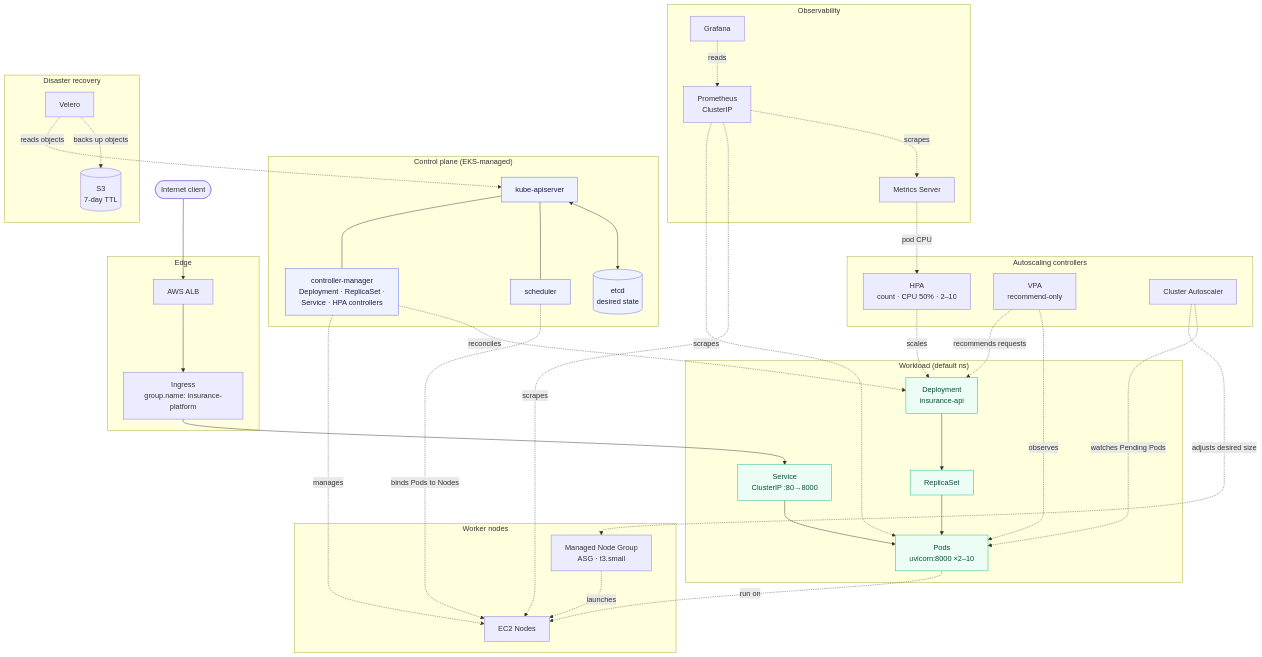
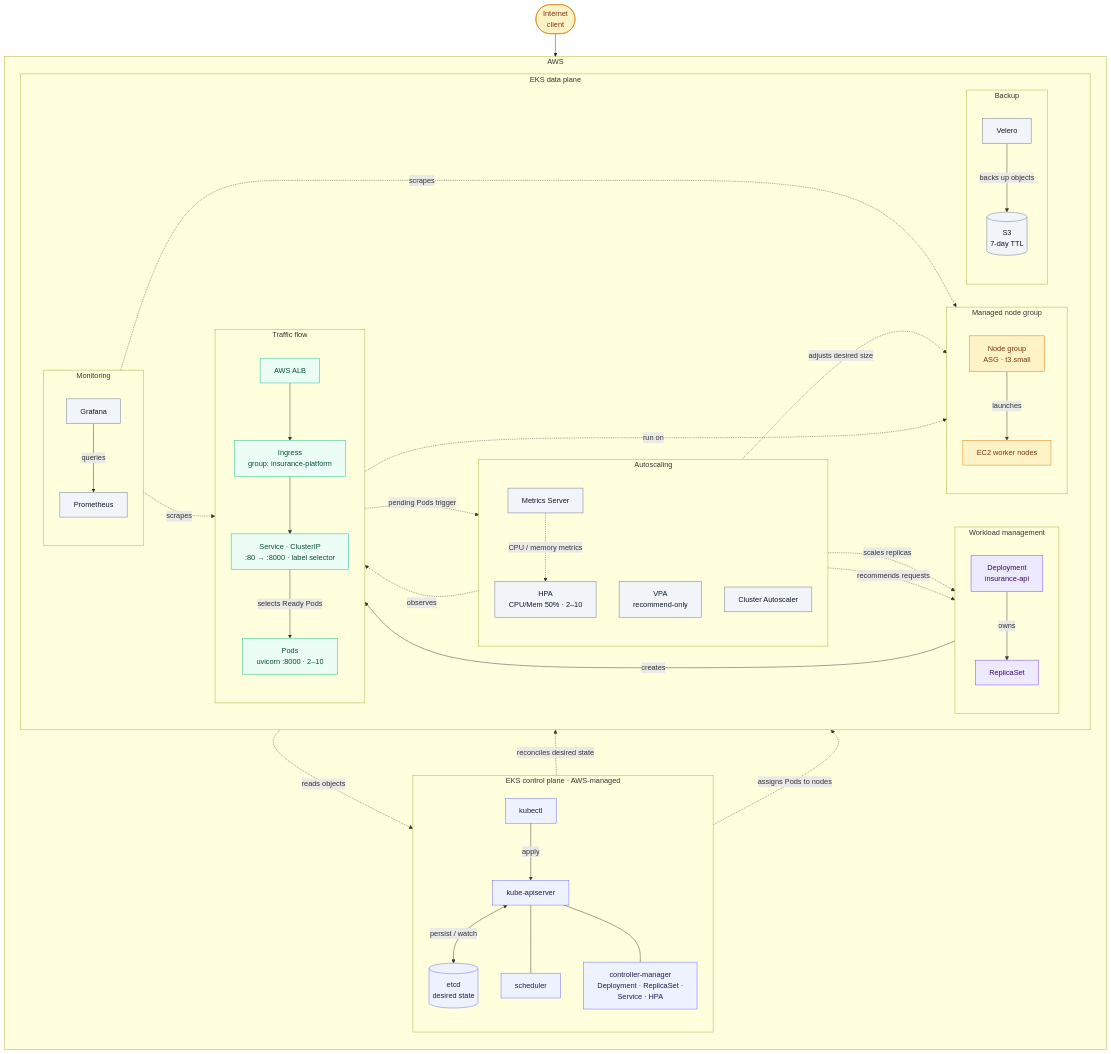
One commit to Amith-Ganta/FastAPI-ML-EKS-Platform changed the diagram in docs/architecture/README.md. Above: the diagram before and after it, drawn with Mermaid. The commit also changed other lines of this file, not shown here.

Commit message:
docs(architecture): separate traffic flow from workload management
Correct the layered diagram to model two independent flows that meet
only at the Pods, per architecture review:

- Traffic flow: Client -> ALB -> Ingress -> Service -> Pods. The
  Deployment is no longer on the request path.
- Service selects Pods by label selector (Service -> Pods), not through
  the Deployment.
- Management flow: Deployment owns ReplicaSet, ReplicaSet creates Pods.
- Scheduler assigns Pods to Nodes (arrow now targets Pods, which carry
  the node assignment), not EC2 directly.
- Metrics Server feeds HPA "CPU / memory metrics" (not CPU-only).
- Pending Pods trigger the Cluster Autoscaler (causality reversed).
- Prometheus scrapes node kubelet/cAdvisor and app Pods (drop the
  Metrics Server scrape arrow).
- controller-manager labelled "reconciles desired state" on the
  Deployment.

Deployment/ReplicaSet restyled as management objects, visually distinct
from the green request-path lane.

````diff
--- a/docs/architecture/README.md
+++ b/docs/architecture/README.md
@@ -38,80 +38,116 @@
 ```mermaid
 flowchart TB
-    CLIENT([Internet client])
+    %% ===================================================================
+    %% Layout strategy: three clean vertical lanes under one AWS boundary.
+    %%   Lane A (left)   : request path, top-to-bottom, no branches.
+    %%   Lane B (center) : EKS-managed control plane, self-contained.
+    %%   Lane C (right)  : platform controllers (autoscaling / monitoring / DR).
+    %% Cross-lane arrows only ever touch the Deployment or the Pods — the two
+    %% real convergence points — so no arrow passes through an unrelated box.
+    %% ===================================================================
 
-    subgraph CP["Control plane (EKS-managed)"]
-        API[kube-apiserver]
-        ETCD[(etcd<br/>desired state)]
-        SCH[scheduler]
-        CM[controller-manager<br/>Deployment · ReplicaSet ·<br/>Service · HPA controllers]
-        API <--> ETCD
+    CLIENT([" Internet<br/>client "])
+
+    subgraph AWS["AWS"]
+      direction TB
+
+      subgraph CP["EKS control plane · AWS-managed"]
+        direction TB
+        KCTL["kubectl"]
+        API["kube-apiserver"]
+        ETCD[("etcd<br/>desired state")]
+        SCH["scheduler"]
+        CM["controller-manager<br/>Deployment · ReplicaSet ·<br/>Service · HPA"]
+        KCTL -->|apply| API
+        API <-->|persist / watch| ETCD
         API --- SCH
         API --- CM
+      end
+
+      subgraph DATA["EKS data plane"]
+        direction LR
+
+        %% Two independent flows that meet only at the Pods:
+        %%   TRAFFIC  ─ solid ─ Client → ALB → Ingress → Service → Pods
+        %%   MANAGEMENT ─ Deployment → ReplicaSet → Pods (owner chain)
+        subgraph TRAFFIC["Traffic flow"]
+          direction TB
+          ALB["AWS ALB"]
+          ING["Ingress<br/>group: insurance-platform"]
+          SVC["Service · ClusterIP<br/>:80 → :8000 · label selector"]
+          PODS["Pods<br/>uvicorn :8000 · 2–10"]
+          ALB --> ING --> SVC
+          SVC -->|selects Ready Pods| PODS
+        end
+
+        subgraph MANAGE["Workload management"]
+          direction TB
+          DEP["Deployment<br/>insurance-api"]
+          RS["ReplicaSet"]
+          DEP -->|owns| RS
+          RS -->|creates| PODS
+        end
+
+        subgraph NODES["Managed node group"]
+          direction TB
+          NG["Node group<br/>ASG · t3.small"]
+          EC2["EC2 worker nodes"]
+          NG -->|launches| EC2
+        end
+
+        subgraph SCALE["Autoscaling"]
+          direction TB
+          MS["Metrics Server"]
+          HPA["HPA<br/>CPU/Mem 50% · 2–10"]
+          VPA["VPA<br/>recommend-only"]
+          CA["Cluster Autoscaler"]
+        end
+
+        subgraph MON["Monitoring"]
+          direction TB
+          PROM["Prometheus"]
+          GRAF["Grafana"]
+          GRAF -->|queries| PROM
+        end
+
+        subgraph BACKUP["Backup"]
+          direction TB
+          VELERO["Velero"]
+          S3[("S3<br/>7-day TTL")]
+          VELERO -->|backs up objects| S3
+        end
+      end
     end
 
-    subgraph EDGE["Edge"]
-        ALB[AWS ALB]
-        ING[Ingress<br/>group.name: insurance-platform]
-    end
+    %% --- live request entry (solid) ---
+    CLIENT --> ALB
 
-    subgraph WORKLOAD["Workload (default ns)"]
-        SVC[Service<br/>ClusterIP :80→8000]
-        DEP[Deployment<br/>insurance-api]
-        RS[ReplicaSet]
-        PODS[Pods<br/>uvicorn:8000 ×2–10]
-        DEP --> RS --> PODS
-    end
-
-    subgraph NODES["Worker nodes"]
-        NG[Managed Node Group<br/>ASG · t3.small] -. launches .-> EC2[EC2 Nodes]
-    end
-
-    subgraph AUTOSCALE["Autoscaling controllers"]
-        HPA[HPA<br/>count · CPU 50% · 2–10]
-        VPA[VPA<br/>recommend-only]
-        CA[Cluster Autoscaler]
-    end
-
-    subgraph OBSERVE["Observability"]
-        MS[Metrics Server]
-        PROM[Prometheus<br/>ClusterIP]
-        GRAF[Grafana]
-    end
-
-    subgraph DR["Disaster recovery"]
-        VELERO[Velero]
-        S3[(S3<br/>7-day TTL)]
-    end
-
-    %% --- live request path (solid) ---
-    CLIENT --> ALB --> ING --> SVC --> PODS
-
-    %% --- control plane manages the cluster (dashed) ---
-    CM -. reconciles .-> DEP
-    SCH -. binds Pods to Nodes .-> EC2
-    CM -. manages .-> EC2
+    %% --- control plane governs the data plane (dashed) ---
+    CM -. reconciles desired state .-> DEP
+    SCH -. assigns Pods to nodes .-> PODS
     PODS -. run on .-> EC2
+    VELERO -. reads objects .-> API
 
     %% --- autoscaling, each on its correct target ---
-    MS -. pod CPU .-> HPA
-    HPA -. scales .-> DEP
+    MS -. CPU / memory metrics .-> HPA
+    HPA -. scales replicas .-> DEP
     VPA -. observes .-> PODS
     VPA -. recommends requests .-> DEP
-    CA -. watches Pending Pods .-> PODS
+    PODS -. pending Pods trigger .-> CA
     CA -. adjusts desired size .-> NG
 
-    %% --- observability (Prometheus scrapes; Grafana reads) ---
-    PROM -. scrapes .-> MS
+    %% --- monitoring (Prometheus scrapes kubelet/cAdvisor on nodes + app Pods) ---
     PROM -. scrapes .-> EC2
     PROM -. scrapes .-> PODS
-    GRAF -. reads .-> PROM
 
-    %% --- DR: Velero (not Prometheus) writes backups ---
-    VELERO -. backs up objects .-> S3
-    VELERO -. reads objects .-> API
-
-    classDef cp fill:#EEF2FF,stroke:#6366F1,color:#1E1B4B;
-    classDef work fill:#ECFDF5,stroke:#10B981,color:#064E3B;
-    class API,ETCD,SCH,CM cp;
-    class SVC,DEP,RS,PODS work;
+    classDef cp     fill:#EEF2FF,stroke:#6366F1,color:#1E1B4B;
+    classDef req    fill:#ECFDF5,stroke:#10B981,color:#064E3B;
+    classDef mgmt   fill:#EDE9FE,stroke:#7C3AED,color:#3B0764;
+    classDef node   fill:#FEF3C7,stroke:#D97706,color:#78350F;
+    classDef ctrl   fill:#F1F5F9,stroke:#64748B,color:#0F172A;
+    class KCTL,API,ETCD,SCH,CM cp;
+    class ALB,ING,SVC,PODS req;
+    class DEP,RS mgmt;
+    class NG,EC2 node;
+    class MS,HPA,VPA,CA,PROM,GRAF,VELERO,S3 ctrl;
 ```
````
